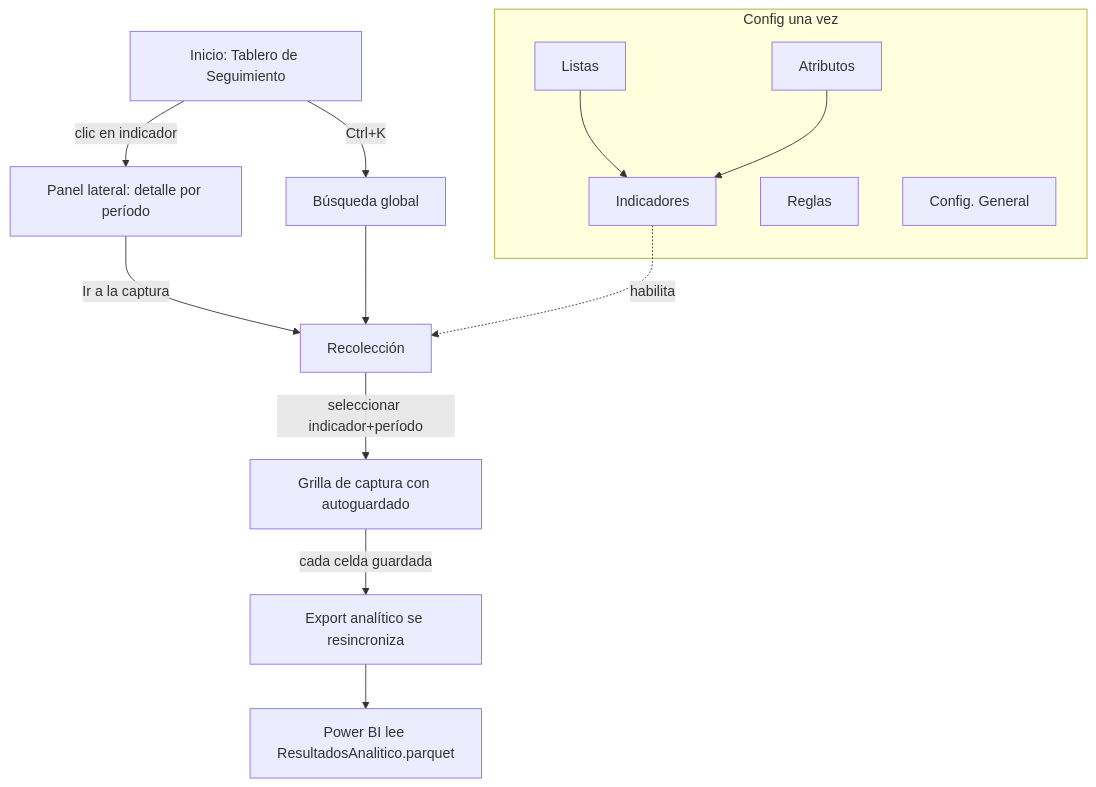
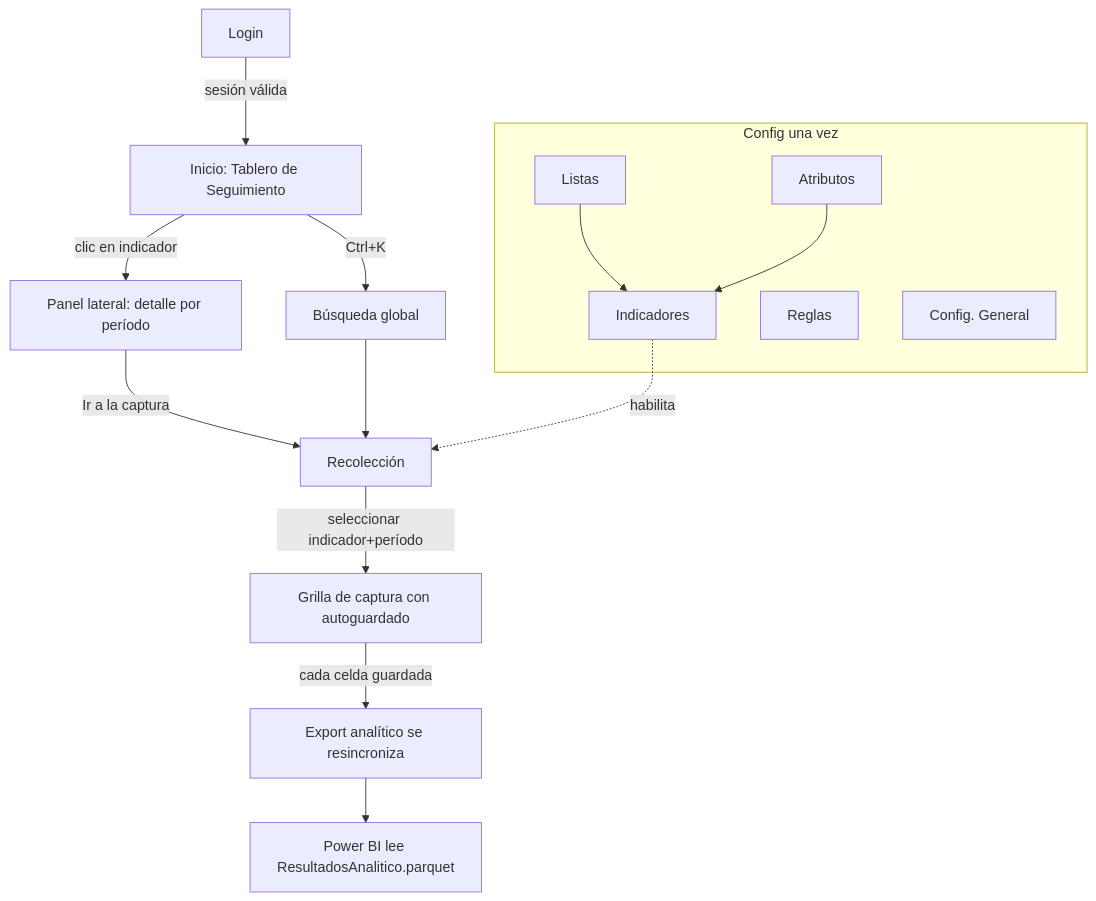
The third of 3 diagrams in docs/01-arquitectura.md (Juanfrank/KPITracker), drawn with Mermaid before and after one commit. The commit also changed other lines of this file and 16 other files, not shown here.

````diff
--- a/docs/01-arquitectura.md
+++ b/docs/01-arquitectura.md
@@ -102,16 +104,17 @@
 ```mermaid
 flowchart TD
-    A[Inicio: Tablero de Seguimiento] -->|clic en indicador| B[Panel lateral: detalle por período]
+    L0[Login] -->|sesión válida| A[Inicio: Tablero de Seguimiento]
+    A -->|clic en indicador| B[Panel lateral: detalle por período]
     B -->|Ir a la captura| C[Recolección]
     A -->|Ctrl+K| K[Búsqueda global] --> C
     C -->|seleccionar indicador+período| G[Grilla de captura con autoguardado]
     subgraph Config una vez
         L[Listas] --> I[Indicadores]
         AT[Atributos] --> I
         R[Reglas]
         CG[Config. General]
     end
     I -.habilita.-> C
     G -->|cada celda guardada| X[Export analítico se resincroniza]
     X --> PBI[Power BI lee ResultadosAnalitico.parquet]
 ```
````
